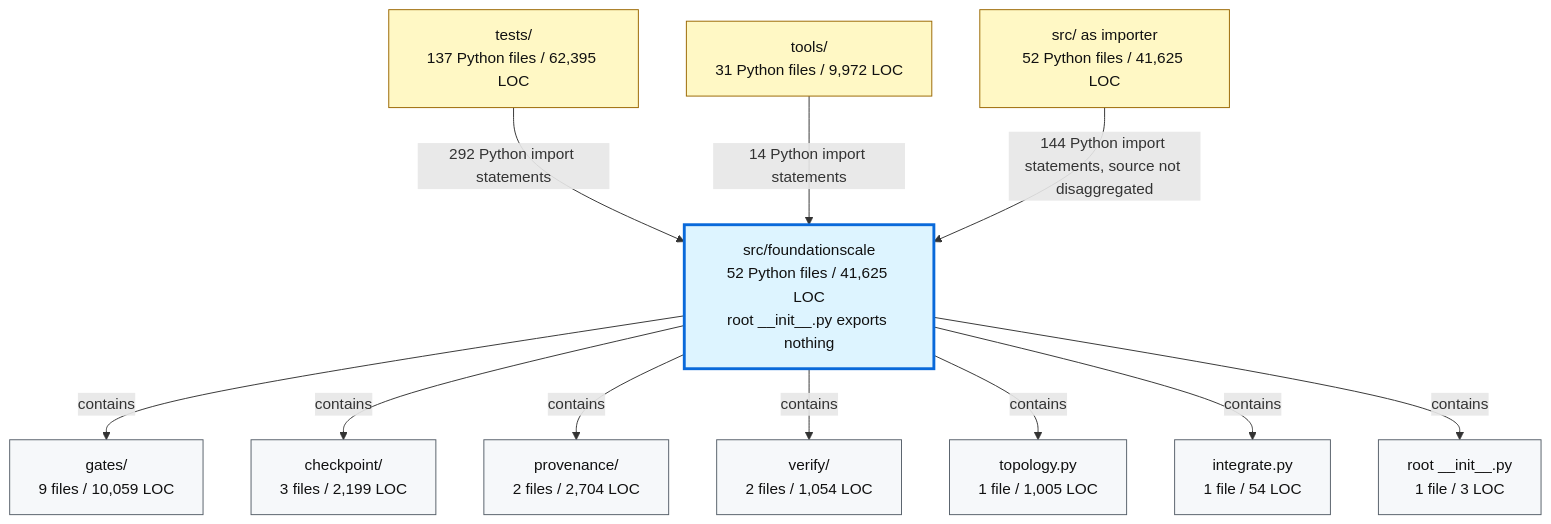
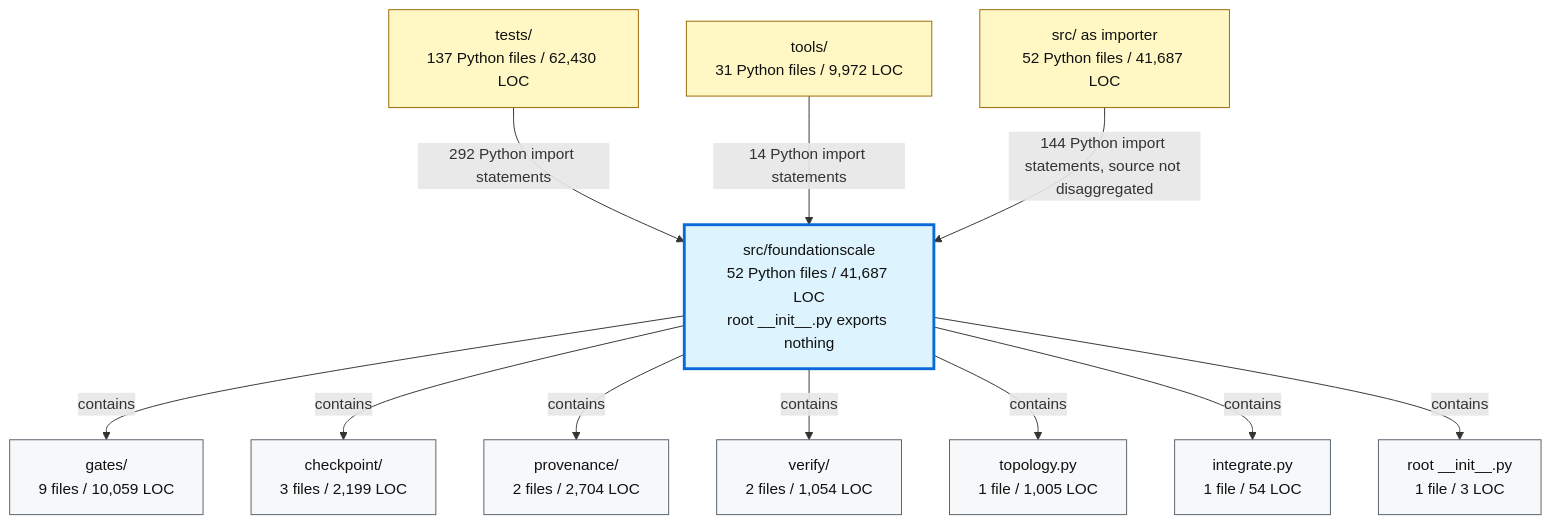
One commit to TranNhiem/FoundationScale changed the second of 2 diagrams in docs/review/D2_current_architecture.md. Above: the diagram before and after it, drawn with Mermaid. The commit also changed other lines of this file and 15 other files, not shown here.

````diff
--- a/docs/review/D2_current_architecture.md
+++ b/docs/review/D2_current_architecture.md
@@ -97,36 +97,36 @@
 ```mermaid
 flowchart TB
-  TESTS["tests/<br/>137 Python files / 62,395 LOC"]
+  TESTS["tests/<br/>137 Python files / 62,430 LOC"]
   TOOLS["tools/<br/>31 Python files / 9,972 LOC"]
-  SRC["src/ as importer<br/>52 Python files / 41,625 LOC"]
+  SRC["src/ as importer<br/>52 Python files / 41,687 LOC"]
 
-  FS["src/foundationscale<br/>52 Python files / 41,625 LOC<br/>root __init__.py exports nothing"]
+  FS["src/foundationscale<br/>52 Python files / 41,687 LOC<br/>root __init__.py exports nothing"]
 
   GATES["gates/<br/>9 files / 10,059 LOC"]
   CKPT["checkpoint/<br/>3 files / 2,199 LOC"]
   PROV["provenance/<br/>2 files / 2,704 LOC"]
   VERIFY["verify/<br/>2 files / 1,054 LOC"]
   TOPO["topology.py<br/>1 file / 1,005 LOC"]
   INTEG["integrate.py<br/>1 file / 54 LOC"]
   ROOT["root __init__.py<br/>1 file / 3 LOC"]
 
   TESTS -->|"292 Python import statements"| FS
   TOOLS -->|"14 Python import statements"| FS
   SRC -->|"144 Python import statements, source not disaggregated"| FS
 
   FS -->|"contains"| GATES
   FS -->|"contains"| CKPT
   FS -->|"contains"| PROV
   FS -->|"contains"| VERIFY
   FS -->|"contains"| TOPO
   FS -->|"contains"| INTEG
   FS -->|"contains"| ROOT
 
   classDef consumer fill:#fff8c5,stroke:#9a6700,color:#111;
   classDef package fill:#ddf4ff,stroke:#0969da,stroke-width:3px,color:#111;
   classDef module fill:#f6f8fa,stroke:#57606a,color:#111;
 
   class TESTS,TOOLS,SRC consumer;
   class FS package;
   class GATES,CKPT,PROV,VERIFY,TOPO,INTEG,ROOT module;
 ```
````
